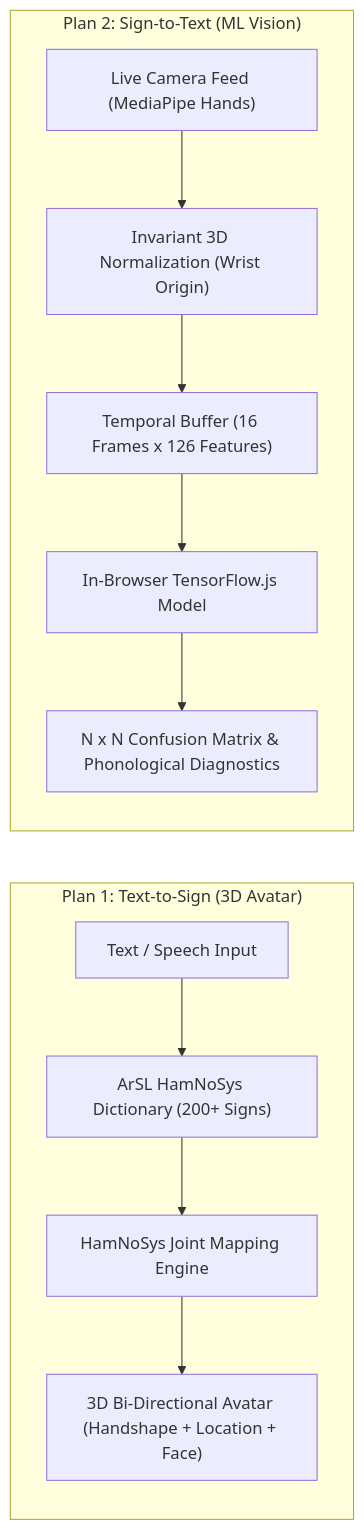
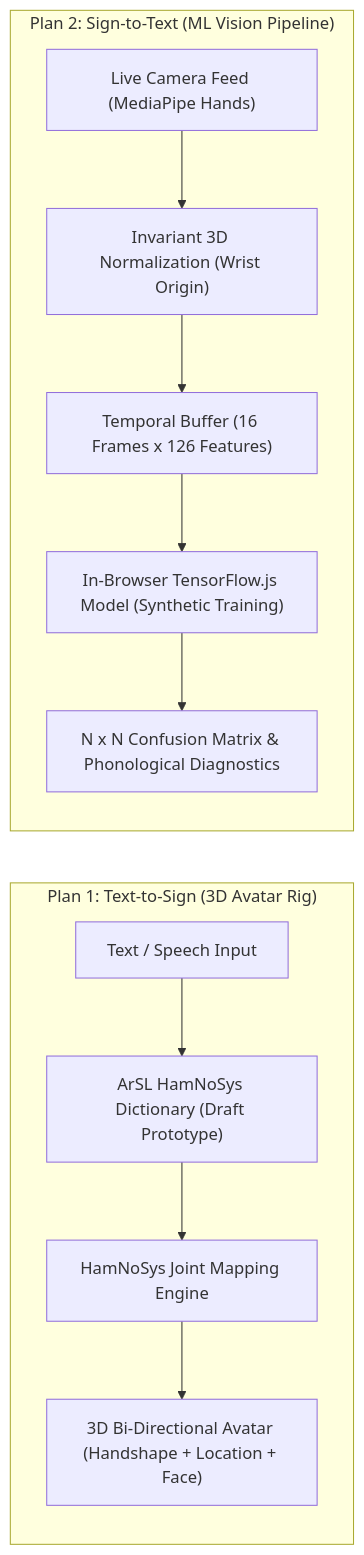
One commit to Mahmoud-Hashim-pro/cognify-production changed the diagram in docs/PROOF_PACK_EXECUTIVE_DOSSIER.md. Above: the diagram before and after it, drawn with Mermaid. The commit also changed other lines of this file and 6 other files, not shown here.

````diff
--- a/docs/PROOF_PACK_EXECUTIVE_DOSSIER.md
+++ b/docs/PROOF_PACK_EXECUTIVE_DOSSIER.md
@@ -28,14 +30,14 @@
 ```mermaid
 flowchart LR
-    subgraph Plan1["Plan 1: Text-to-Sign (3D Avatar)"]
-        T["Text / Speech Input"] --> D["ArSL HamNoSys Dictionary (200+ Signs)"]
+    subgraph Plan1["Plan 1: Text-to-Sign (3D Avatar Rig)"]
+        T["Text / Speech Input"] --> D["ArSL HamNoSys Dictionary (Draft Prototype)"]
         D --> H["HamNoSys Joint Mapping Engine"]
         H --> A["3D Bi-Directional Avatar (Handshape + Location + Face)"]
     end
-    subgraph Plan2["Plan 2: Sign-to-Text (ML Vision)"]
+    subgraph Plan2["Plan 2: Sign-to-Text (ML Vision Pipeline)"]
         C["Live Camera Feed (MediaPipe Hands)"] --> N["Invariant 3D Normalization (Wrist Origin)"]
         N --> B["Temporal Buffer (16 Frames x 126 Features)"]
-        B --> M["In-Browser TensorFlow.js Model"]
+        B --> M["In-Browser TensorFlow.js Model (Synthetic Training)"]
         M --> Conf["N x N Confusion Matrix & Phonological Diagnostics"]
     end
 ```
````
